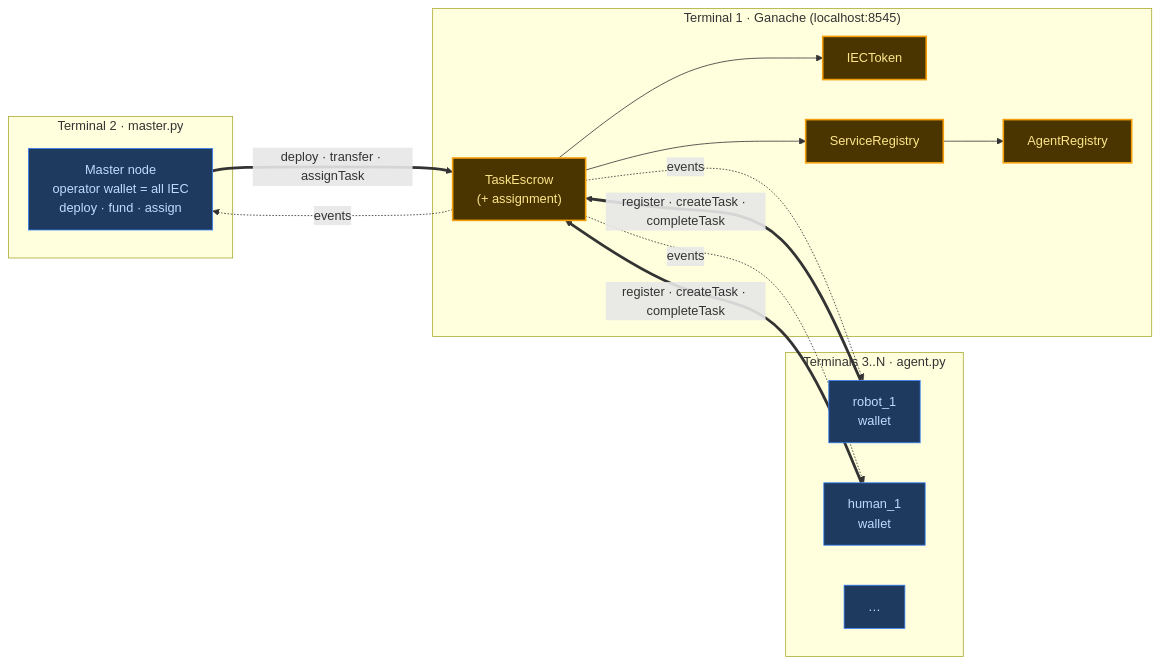
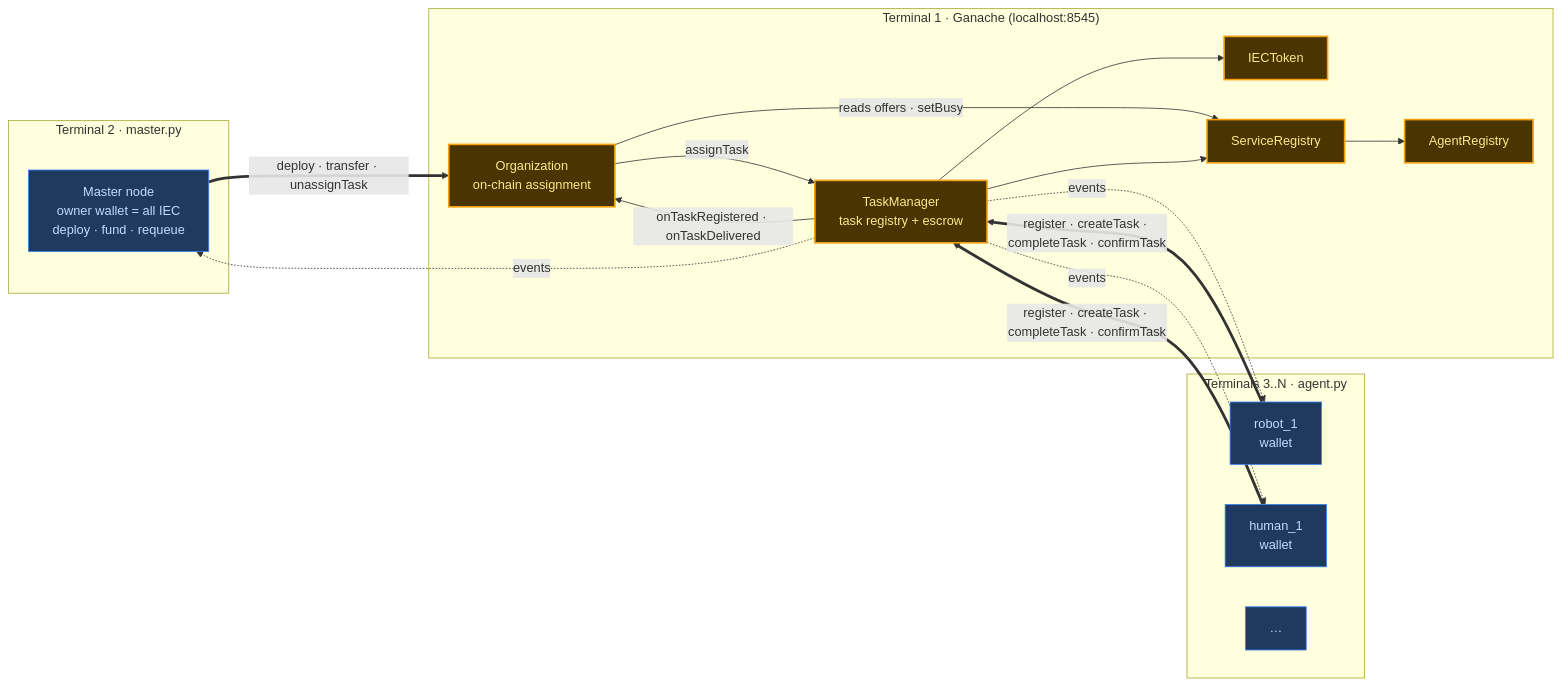
Before and after one commit to iciaradelino/robopreneur-sim: the first of 2 diagrams in docs/blockchain-demo-plan.md, drawn with Mermaid. The commit also changed other lines of this file and 4 other files, not shown here.

Commit message:
update blockchain docs for on-chain assignment and TaskManager

````diff
--- a/docs/blockchain-demo-plan.md
+++ b/docs/blockchain-demo-plan.md
@@ -60,31 +69,35 @@
 ```mermaid
 flowchart LR
   classDef proc     fill:#1e3a5f,stroke:#3b82f6,color:#bfdbfe
   classDef chain    fill:#3d3000,stroke:#facc15,color:#fef08a,stroke-width:2px
   classDef contract fill:#4a3500,stroke:#f59e0b,color:#fde68a,stroke-width:2px
 
   subgraph T2["Terminal 2 · master.py"]
-    M["Master node\noperator wallet = all IEC\ndeploy · fund · assign"]:::proc
+    M["Master node\nowner wallet = all IEC\ndeploy · fund · requeue"]:::proc
   end
   subgraph TA["Terminals 3..N · agent.py"]
     A1["robot_1\nwallet"]:::proc
     A2["human_1\nwallet"]:::proc
     A3["…"]:::proc
   end
   subgraph T1["Terminal 1 · Ganache  (localhost:8545)"]
     TOK["IECToken"]:::contract
     AR["AgentRegistry"]:::contract
     SR["ServiceRegistry"]:::contract
-    ESC["TaskEscrow\n(+ assignment)"]:::contract
+    TM["TaskManager\ntask registry + escrow"]:::contract
+    ORG["Organization\non-chain assignment"]:::contract
   end
 
-  M  ==>|deploy · transfer · assignTask| ESC
-  A1 ==>|register · createTask · completeTask| ESC
-  A2 ==>|register · createTask · completeTask| ESC
-  ESC -. events .-> M
-  ESC -. events .-> A1
-  ESC -. events .-> A2
-  ESC --> TOK
-  ESC --> SR
+  M  ==>|deploy · transfer · unassignTask| ORG
+  A1 ==>|register · createTask · completeTask · confirmTask| TM
+  A2 ==>|register · createTask · completeTask · confirmTask| TM
+  TM -->|onTaskRegistered · onTaskDelivered| ORG
+  ORG -->|assignTask| TM
+  ORG -->|reads offers · setBusy| SR
+  TM -. events .-> M
+  TM -. events .-> A1
+  TM -. events .-> A2
+  TM --> TOK
+  TM --> SR
   SR --> AR
 ```
````
